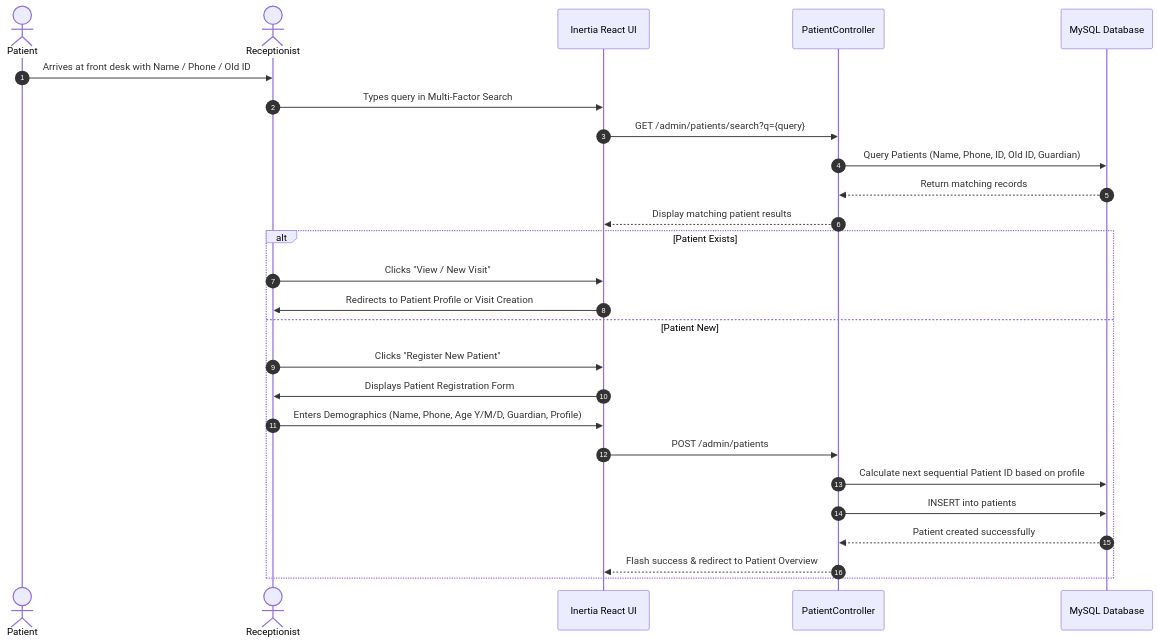
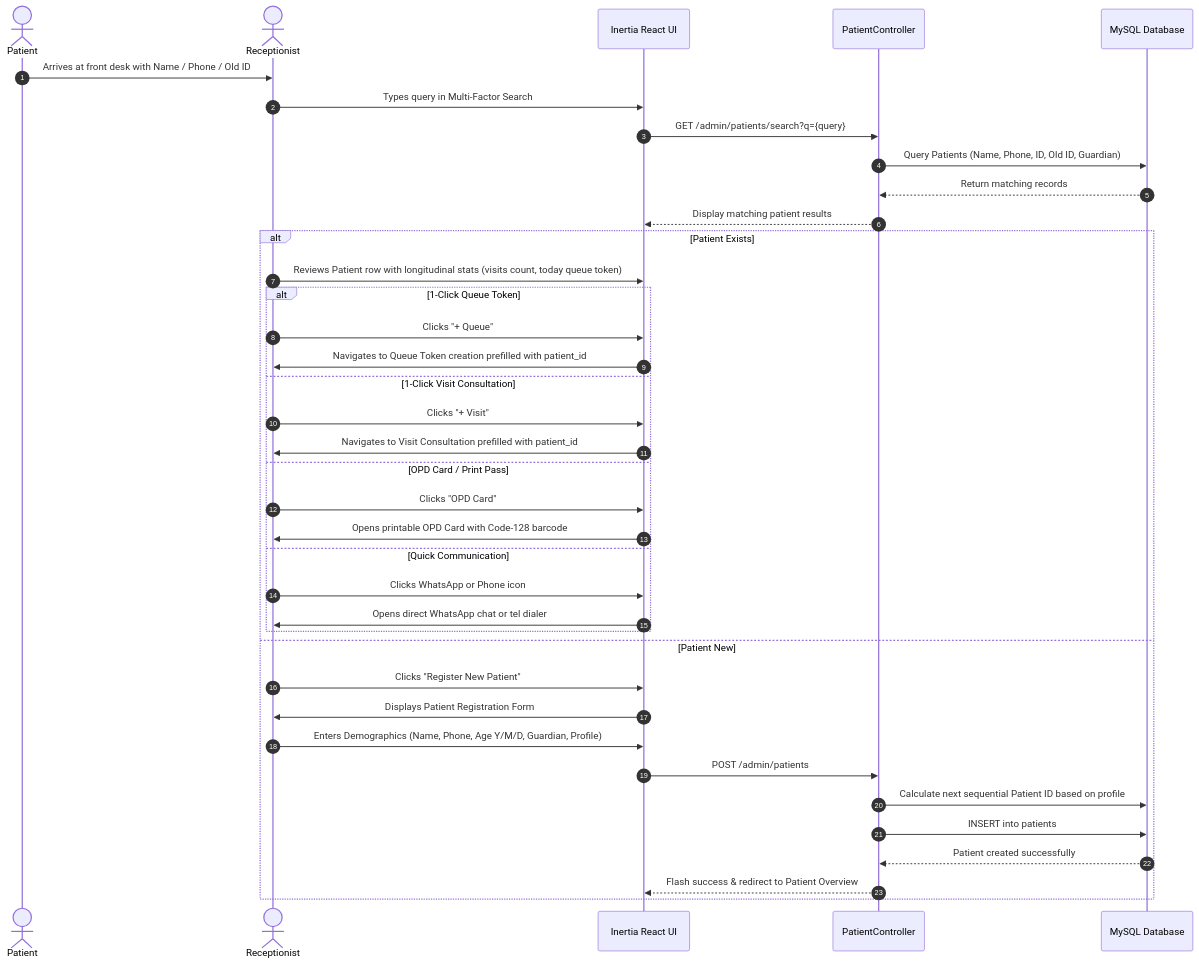
One commit to SH4RTH4K/Clinic-System changed the second of 10 diagrams in 02_AppFlow.md. Above: the diagram before and after it, drawn with Mermaid. The commit also changed 221 other files, not shown here.

Commit message:
feat(patients): enhance patient index with quick actions, KPI metrics, filters, and export while preserving old ID logic

````diff
--- a/02_AppFlow.md
+++ b/02_AppFlow.md
@@ -43,30 +43,42 @@
 ```mermaid
 sequenceDiagram
     autonumber
     actor Patient
     actor Receptionist
     participant UI as Inertia React UI
     participant PatientCtrl as PatientController
     participant DB as MySQL Database
 
     Patient->>Receptionist: Arrives at front desk with Name / Phone / Old ID
     Receptionist->>UI: Types query in Multi-Factor Search
     UI->>PatientCtrl: GET /admin/patients/search?q={query}
     PatientCtrl->>DB: Query Patients (Name, Phone, ID, Old ID, Guardian)
     DB-->>PatientCtrl: Return matching records
     PatientCtrl-->>UI: Display matching patient results
 
     alt Patient Exists
-        Receptionist->>UI: Clicks "View / New Visit"
-        UI->>Receptionist: Redirects to Patient Profile or Visit Creation
+        Receptionist->>UI: Reviews Patient row with longitudinal stats (visits count, today queue token)
+        alt 1-Click Queue Token
+            Receptionist->>UI: Clicks "+ Queue"
+            UI->>Receptionist: Navigates to Queue Token creation prefilled with patient_id
+        else 1-Click Visit Consultation
+            Receptionist->>UI: Clicks "+ Visit"
+            UI->>Receptionist: Navigates to Visit Consultation prefilled with patient_id
+        else OPD Card / Print Pass
+            Receptionist->>UI: Clicks "OPD Card"
+            UI->>Receptionist: Opens printable OPD Card with Code-128 barcode
+        else Quick Communication
+            Receptionist->>UI: Clicks WhatsApp or Phone icon
+            UI->>Receptionist: Opens direct WhatsApp chat or tel dialer
+        end
     else Patient New
         Receptionist->>UI: Clicks "Register New Patient"
         UI->>Receptionist: Displays Patient Registration Form
         Receptionist->>UI: Enters Demographics (Name, Phone, Age Y/M/D, Guardian, Profile)
         UI->>PatientCtrl: POST /admin/patients
         PatientCtrl->>DB: Calculate next sequential Patient ID based on profile
         PatientCtrl->>DB: INSERT into patients
         DB-->>PatientCtrl: Patient created successfully
         PatientCtrl-->>UI: Flash success & redirect to Patient Overview
     end
 ```
````
